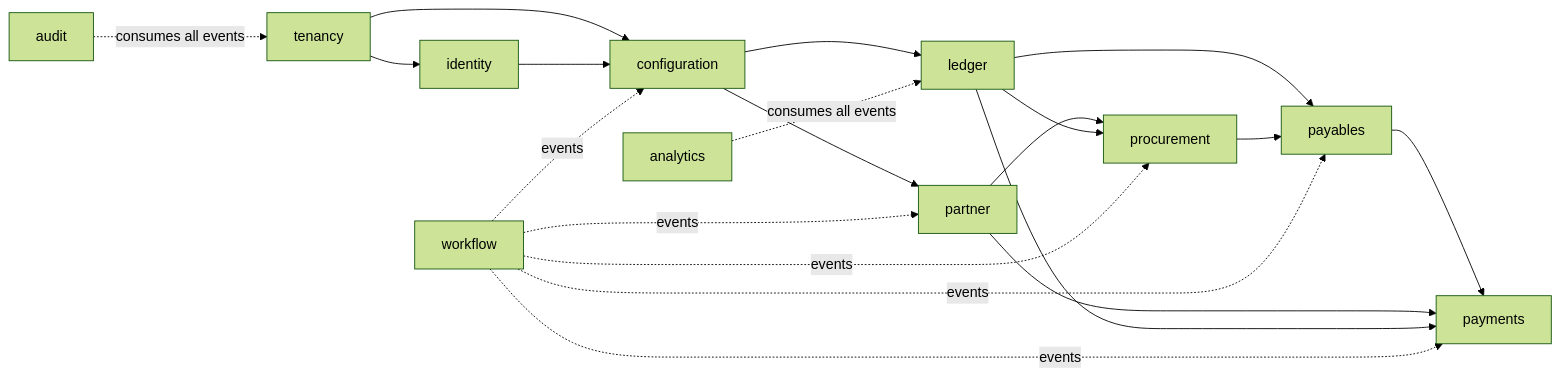
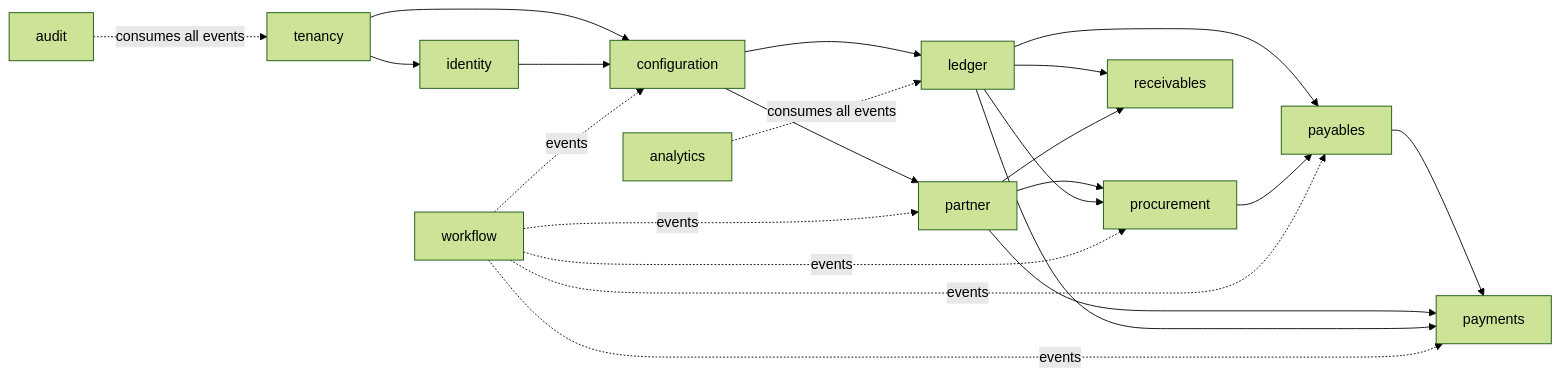
One commit to mustie7iy/agentic-erp changed the first of 2 diagrams in docs/design/02-architecture.md. Above: the diagram before and after it, drawn with Mermaid (forest theme). The commit also changed other lines of this file and 44 other files, not shown here.

````diff
--- a/docs/design/02-architecture.md
+++ b/docs/design/02-architecture.md
@@ -62,22 +64,24 @@
 ```mermaid
 flowchart LR
   tenancy --> identity
   tenancy --> configuration
   identity --> configuration
   configuration --> partner
   configuration --> ledger
   partner --> procurement
   ledger --> procurement
   ledger --> payables
   procurement --> payables
+  ledger --> receivables
+  partner --> receivables
   payables --> payments
   partner --> payments
   ledger --> payments
   workflow -.events.-> procurement
   workflow -.events.-> payables
   workflow -.events.-> payments
   workflow -.events.-> partner
   workflow -.events.-> configuration
   audit -.consumes all events.-> tenancy
   analytics -.consumes all events.-> ledger
 ```
````
